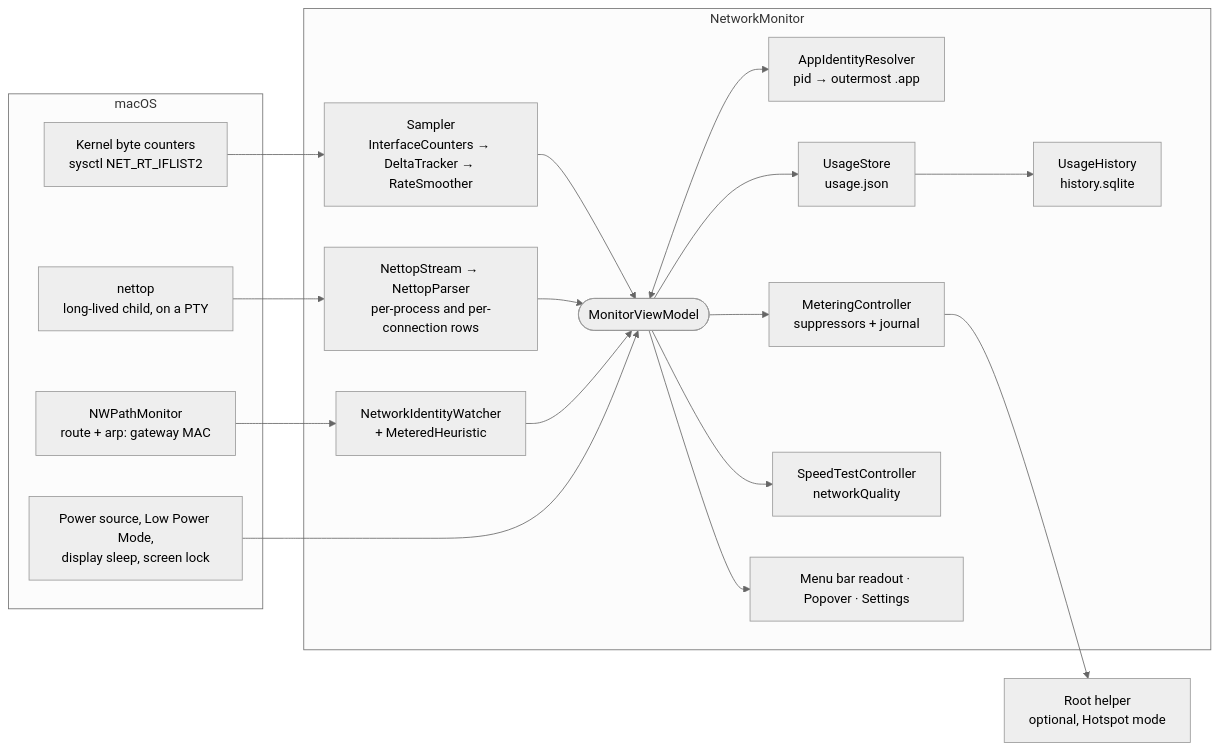
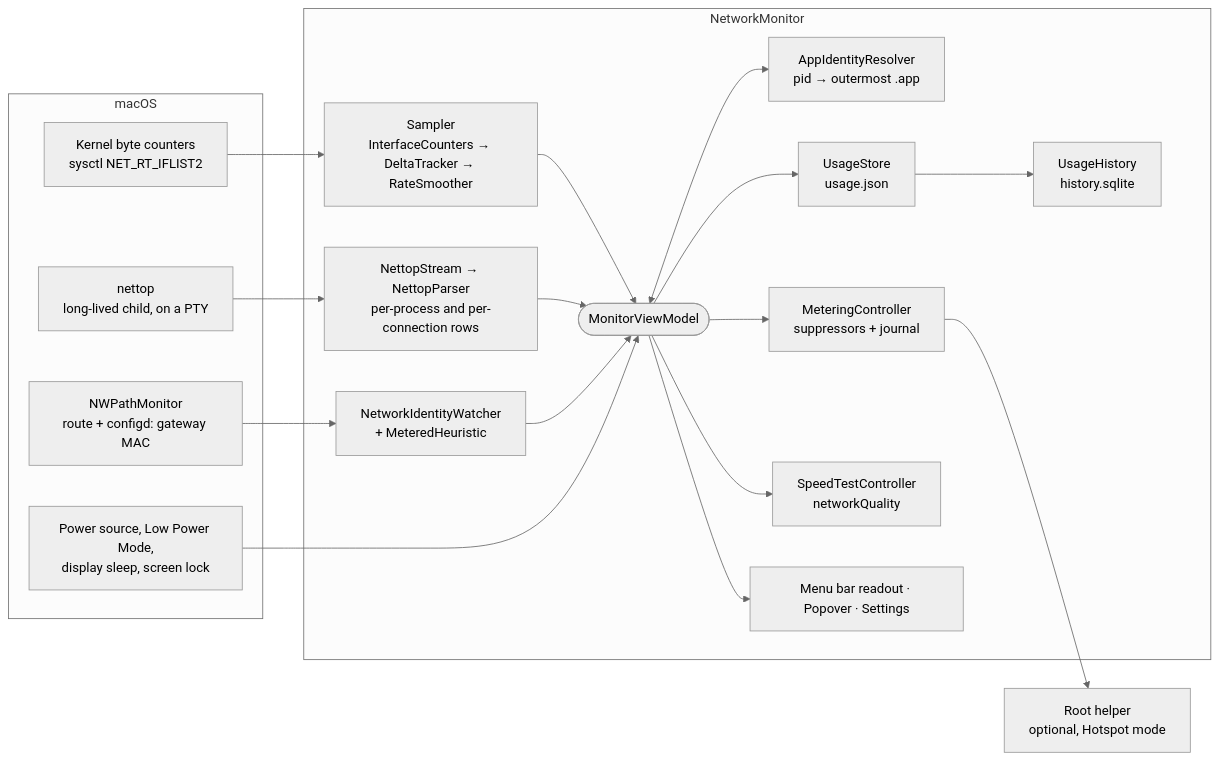
One commit to kevinabouhanna/NetworkMonitor changed the diagram in docs/architecture.md. Above: the diagram before and after it, drawn with Mermaid (neutral theme). The commit also changed other lines of this file and 9 other files, not shown here.

````diff
--- a/docs/architecture.md
+++ b/docs/architecture.md
@@ -10,34 +10,34 @@
 ```mermaid
 flowchart LR
     subgraph mac["macOS"]
         K["Kernel byte counters<br/>sysctl NET_RT_IFLIST2"]
         N["nettop<br/>long-lived child, on a PTY"]
-        P["NWPathMonitor<br/>route + arp: gateway MAC"]
+        P["NWPathMonitor<br/>route + configd: gateway MAC"]
         E["Power source, Low Power Mode,<br/>display sleep, screen lock"]
     end
 
     subgraph app["NetworkMonitor"]
         S["Sampler<br/>InterfaceCounters → DeltaTracker → RateSmoother"]
         NS["NettopStream → NettopParser<br/>per-process and per-connection rows"]
         ID["AppIdentityResolver<br/>pid → outermost .app"]
         NW["NetworkIdentityWatcher<br/>+ MeteredHeuristic"]
         VM(["MonitorViewModel"])
         US["UsageStore<br/>usage.json"]
         H["UsageHistory<br/>history.sqlite"]
         M["MeteringController<br/>suppressors + journal"]
         SP["SpeedTestController<br/>networkQuality"]
         UI["Menu bar readout · Popover · Settings"]
     end
 
     HP["Root helper<br/>optional, Hotspot mode"]
 
     K --> S --> VM
     N --> NS --> VM
     VM <--> ID
     P --> NW --> VM
     E --> VM
     VM --> US --> H
     VM --> M --> HP
     VM --> SP
     VM --> UI
 ```
````
